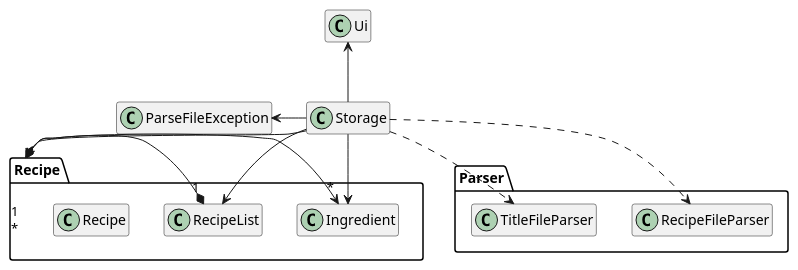
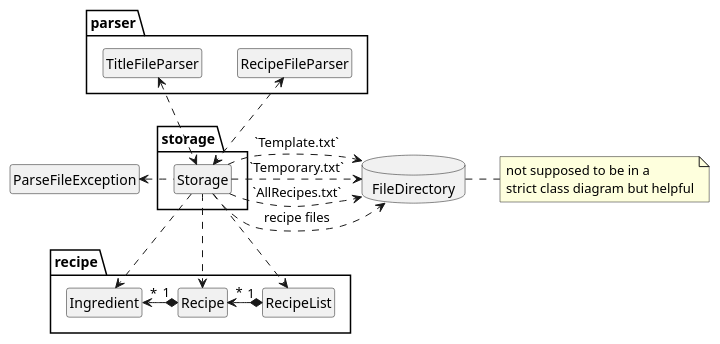
Before and after one commit to nus-cs2113-AY2223S1/tp: the diagram in docs/diagrams/StorageClassDiagram.puml, drawn with PlantUML. The commit also changed 22 other files, not shown here.

```diff
--- a/docs/diagrams/StorageClassDiagram.puml
+++ b/docs/diagrams/StorageClassDiagram.puml
@@ -1,30 +1,48 @@
 @startuml
-'https://plantuml.com/class-diagram
+skinparam Style strictuml
+allowmixing
 
+
+
+package "storage" as st{
+class Storage
+}
 hide class fields
 hide class methods
 
-package Recipe {
+package recipe {
 class RecipeList
 class Recipe
 class Ingredient
 }
 
-package Parser {
+
+
+package parser {
 class RecipeFileParser
 class TitleFileParser
 }
 
+database FileDirectory
+
 class ParseFileException
 
-Storage -up-> Ui
-Storage -down-> Recipe
-Storage -down-> Ingredient
-Storage -down-> RecipeList
-Storage ..> RecipeFileParser
-Storage ..> TitleFileParser
-Storage -left-> ParseFileException
+Storage .down-> Recipe
+Storage .down-> Ingredient
+Storage .down-> RecipeList
+Storage <.up.> RecipeFileParser
+Storage <.up.> TitleFileParser
+Storage .left-> ParseFileException
 
-Recipe "1" *-right-> "*" Ingredient
-RecipeList "1" *-right-> "*"  Recipe
+Recipe "1" *-l-> "*" Ingredient
+RecipeList "1" *-l-> "*"  Recipe
+
+
+Storage .right..> FileDirectory: recipe files
+Storage .> FileDirectory: `AllRecipes.txt`
+Storage .> FileDirectory: `Template.txt`
+Storage .> FileDirectory: `Temporary.txt`
+
+note "not supposed to be in a \nstrict class diagram but helpful" as N1
+FileDirectory .r- N1
 @enduml
```
